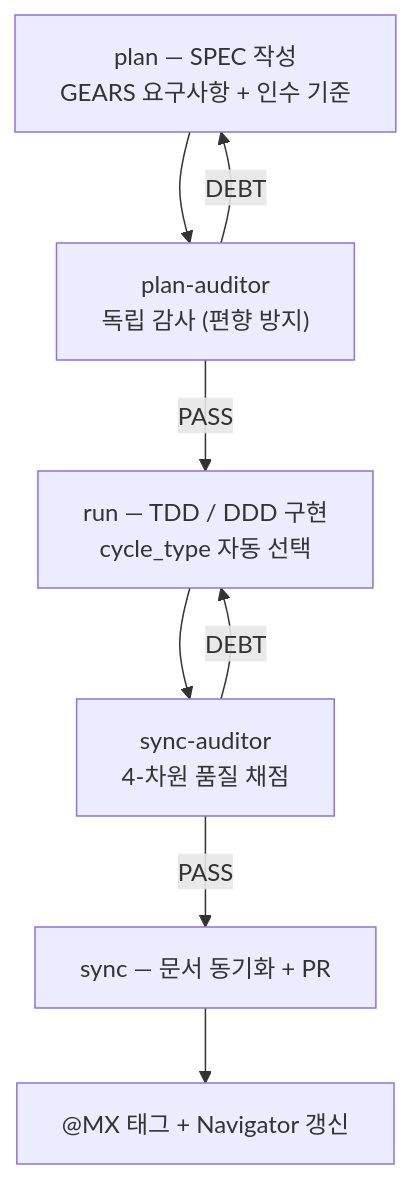
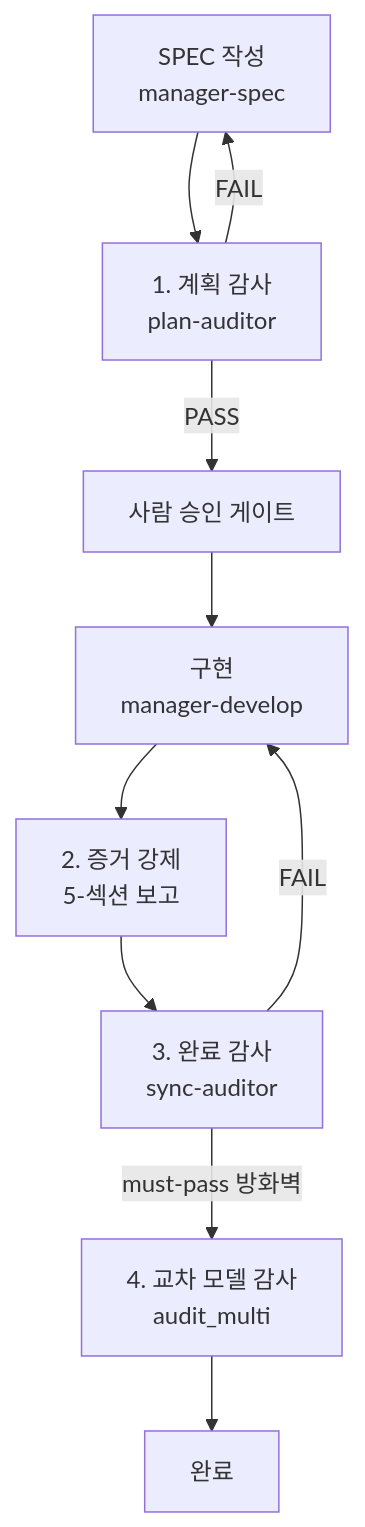
Before and after one commit to modu-ai/moai-adk: the diagram in README.ko.md, drawn with Mermaid. The commit also changed other lines of this file and 9 other files, not shown here.

````diff
--- a/README.ko.md
+++ b/README.ko.md
@@ -297,10 +75,12 @@
 ```mermaid
 flowchart TD
-    P["plan — SPEC 작성<br/>GEARS 요구사항 + 인수 기준"] --> PA["plan-auditor<br/>독립 감사 (편향 방지)"]
-    PA -->|PASS| R["run — TDD / DDD 구현<br/>cycle_type 자동 선택"]
-    PA -->|DEBT| P
-    R --> SA["sync-auditor<br/>4-차원 품질 채점"]
-    SA -->|PASS| S["sync — 문서 동기화 + PR"]
-    SA -->|DEBT| R
-    S --> MX["@MX 태그 + Navigator 갱신"]
+    A[SPEC 작성<br/>manager-spec] --> B[1. 계획 감사<br/>plan-auditor]
+    B -->|PASS| C[사람 승인 게이트]
+    C --> D[구현<br/>manager-develop]
+    D --> E[2. 증거 강제<br/>5-섹션 보고]
+    E --> F[3. 완료 감사<br/>sync-auditor]
+    F -->|must-pass 방화벽| G[4. 교차 모델 감사<br/>audit_multi]
+    G --> H[완료]
+    B -->|FAIL| A
+    F -->|FAIL| D
 ```
````
